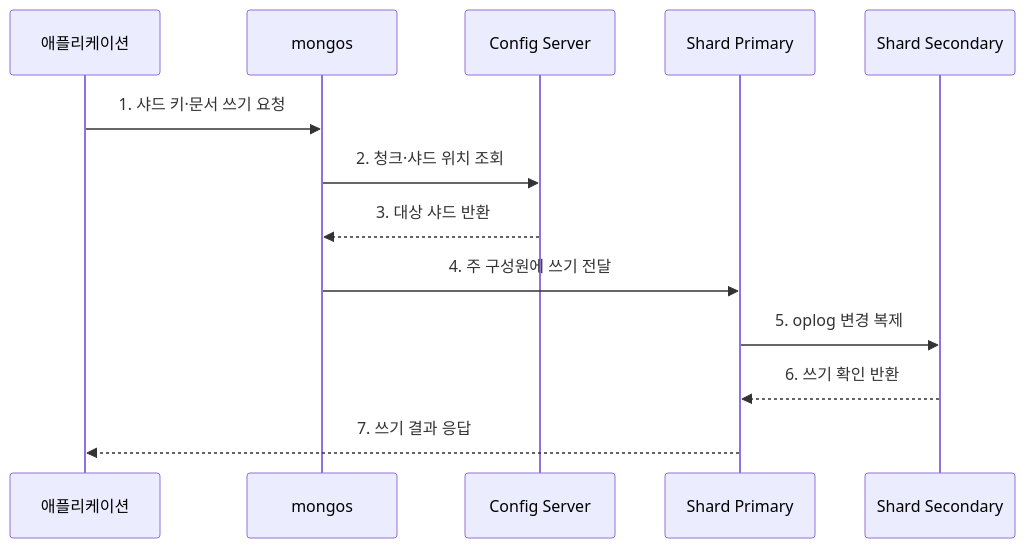
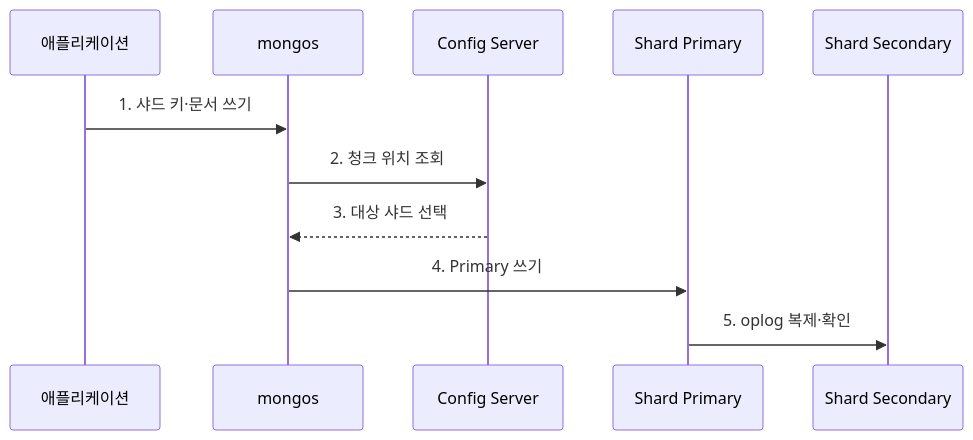
Before and after one commit to agnusdei1207/knowledge-base: the second of 2 diagrams in src/content/docs/notes/03-software/106_mongodb_document_database.md, drawn with Mermaid. The commit also changed other lines of this file and 238 other files, not shown here.

````diff
--- a/src/content/docs/notes/03-software/106_mongodb_document_database.md
+++ b/src/content/docs/notes/03-software/106_mongodb_document_database.md
@@ -77,15 +77,13 @@
 ```mermaid
 sequenceDiagram
     participant A as 애플리케이션
     participant M as mongos
     participant C as Config Server
     participant P as Shard Primary
     participant S as Shard Secondary
-    A->>M: 1. 샤드 키·문서 쓰기 요청
-    M->>C: 2. 청크·샤드 위치 조회
-    C-->>M: 3. 대상 샤드 반환
-    M->>P: 4. 주 구성원에 쓰기 전달
-    P->>S: 5. oplog 변경 복제
-    S-->>P: 6. 쓰기 확인 반환
-    P-->>A: 7. 쓰기 결과 응답
+    A->>M: 1. 샤드 키·문서 쓰기
+    M->>C: 2. 청크 위치 조회
+    C-->>M: 3. 대상 샤드 선택
+    M->>P: 4. Primary 쓰기
+    P->>S: 5. oplog 복제·확인
 ```
````
